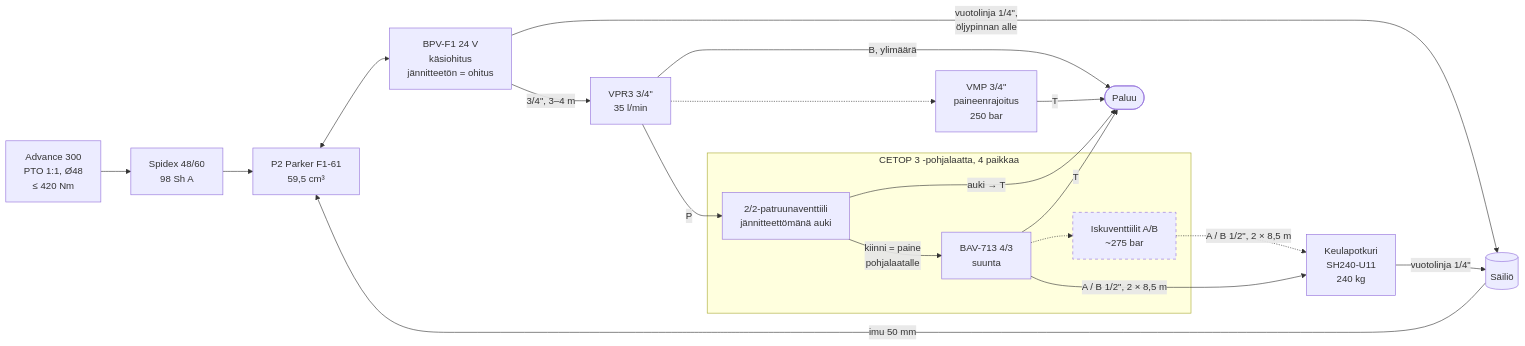
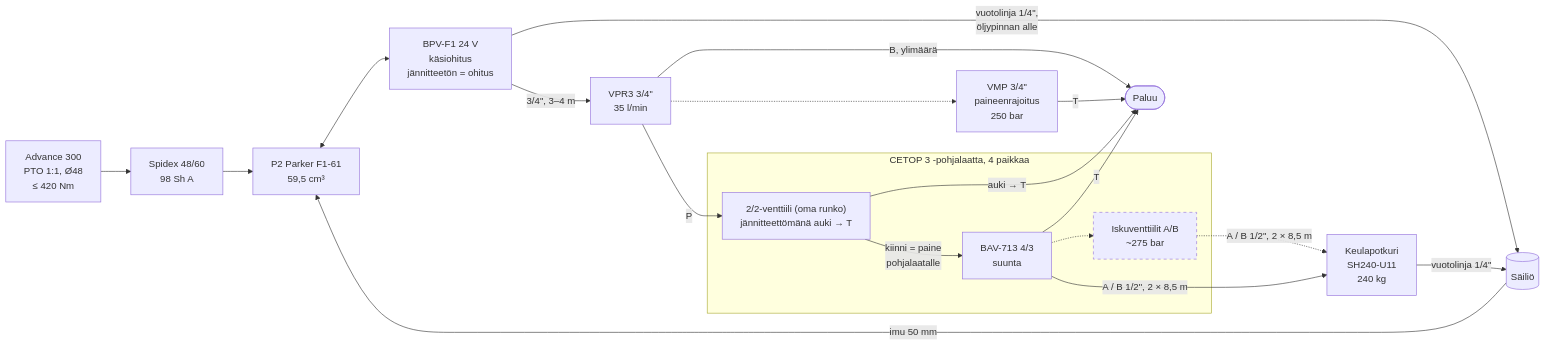
The second of 3 diagrams in hydraulics/schematic.md (plektra/vega-systems), drawn with Mermaid before and after one commit. The commit also changed other lines of this file and 6 other files, not shown here.

````diff
--- a/hydraulics/schematic.md
+++ b/hydraulics/schematic.md
@@ -72,41 +72,41 @@
 ```mermaid
 flowchart LR
   GB["Advance 300<br/>PTO 1:1, Ø48<br/>≤ 420 Nm"]
   CPL["Spidex 48/60<br/>98 Sh A"]
   TANK[("Säiliö")]
   P2["P2 Parker F1-61<br/>59,5 cm³"]
   BPV["BPV-F1 24 V<br/>käsiohitus<br/>jännitteetön = ohitus"]
   VPR3["VPR3 3/4#quot;<br/>35 l/min"]
   VMP["VMP 3/4#quot;<br/>paineenrajoitus<br/>250 bar"]
-  UNL["2/2-patruunaventtiili<br/>jännitteettömänä auki"]
+  UNL["2/2-venttiili (oma runko)<br/>jännitteettömänä auki → T"]
   BAV["BAV-713 4/3<br/>suunta"]
   SHOCK["Iskuventtiilit A/B<br/>~275 bar"]
   THR["Keulapotkuri<br/>SH240-U11<br/>240 kg"]
   RET(["Paluu"])
 
   GB --> CPL --> P2
   TANK -->|"imu 50 mm"| P2
   P2 <--> BPV
   BPV -->|"vuotolinja 1/4#quot;,<br/>öljypinnan alle"| TANK
   BPV -->|"3/4#quot;, 3–4 m"| VPR3
   VPR3 -->|P| UNL
   VPR3 -.-> VMP
   UNL -->|"kiinni = paine<br/>pohjalaatalle"| BAV
   BAV -.-> SHOCK
   SHOCK -.->|"A / B 1/2#quot;, 2 × 8,5 m"| THR
   BAV -->|"A / B 1/2#quot;, 2 × 8,5 m"| THR
   VPR3 -->|"B, ylimäärä"| RET
   UNL -->|"auki → T"| RET
   BAV -->|T| RET
   VMP -->|T| RET
   THR -->|"vuotolinja 1/4#quot;"| TANK
 
   subgraph MAN ["CETOP 3 -pohjalaatta, 4 paikkaa"]
     UNL
     BAV
     SHOCK
   end
 
   classDef planned stroke-dasharray: 5 5
   class SHOCK planned
 ```
````
